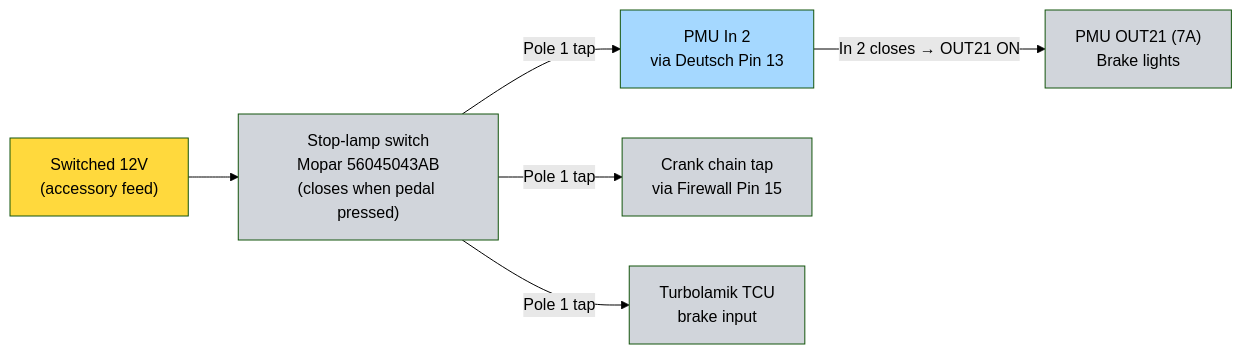
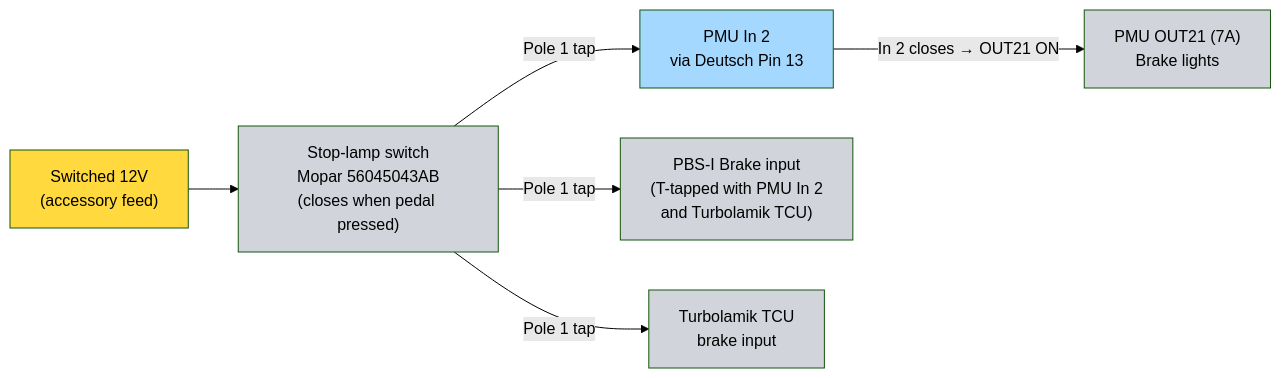
Before and after one commit to sob/shopmanual.io: the diagram in docs/jeep_lj/02-engine-systems/02-brake-booster.md, drawn with Mermaid (forest theme). The commit also changed other lines of this file and 46 other files, not shown here.

````diff
--- a/docs/jeep_lj/02-engine-systems/02-brake-booster.md
+++ b/docs/jeep_lj/02-engine-systems/02-brake-booster.md
@@ -161,22 +161,22 @@
 ```mermaid
 flowchart LR
     SUPPLY["Switched 12V<br/>(accessory feed)"]
     SWITCH["Stop-lamp switch<br/>Mopar 56045043AB<br/>(closes when pedal pressed)"]
     PMU["PMU In 2<br/>via Deutsch Pin 13"]
     LIGHTS["PMU OUT21 (7A)<br/>Brake lights"]
-    STARTER["Crank chain tap<br/>via Firewall Pin 15"]
+    PBSI["PBS-I Brake input<br/>(T-tapped with PMU In 2<br/>and Turbolamik TCU)"]
     TCU["Turbolamik TCU<br/>brake input"]
 
     SUPPLY --> SWITCH
     SWITCH -->|"Pole 1 tap"| PMU
-    SWITCH -->|"Pole 1 tap"| STARTER
+    SWITCH -->|"Pole 1 tap"| PBSI
     SWITCH -->|"Pole 1 tap"| TCU
     PMU -->|"In 2 closes → OUT21 ON"| LIGHTS
 
     style SUPPLY fill:#ffd93d,color:#000
     style SWITCH fill:#d1d5db,color:#000
     style PMU fill:#a5d8ff,color:#000
     style LIGHTS fill:#d1d5db,color:#000
-    style STARTER fill:#d1d5db,color:#000
+    style PBSI fill:#d1d5db,color:#000
     style TCU fill:#d1d5db,color:#000
 ```
````
